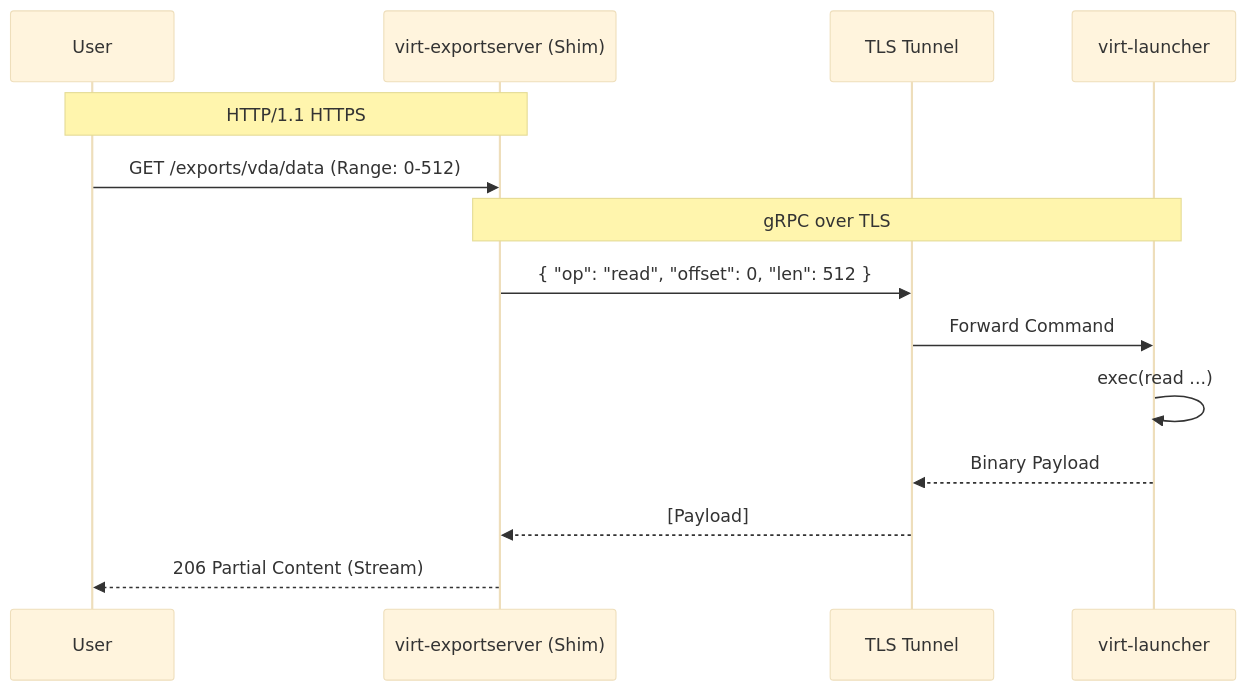
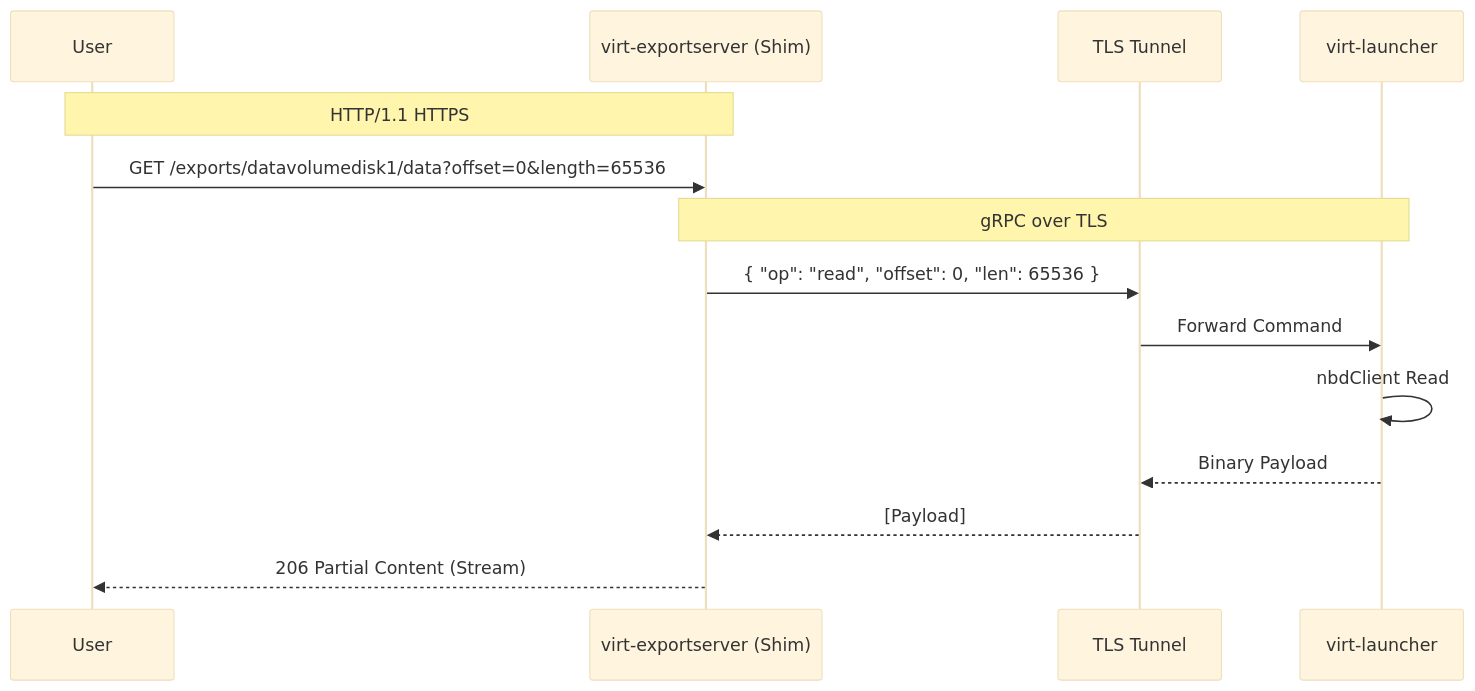
Before and after one commit to kubevirt/enhancements: the first of 3 diagrams in veps/sig-storage/incremental-backup.md, drawn with Mermaid (base theme). The commit also changed other lines of this file, not shown here.

````diff
--- a/veps/sig-storage/incremental-backup.md
+++ b/veps/sig-storage/incremental-backup.md
@@ -385,20 +382,20 @@
 ```mermaid
 sequenceDiagram
     participant User
     participant Server as virt-exportserver (Shim)
     participant Tunnel as TLS Tunnel
     participant Launcher as virt-launcher
 
     Note over User, Server: HTTP/1.1 HTTPS
-    User->>Server: GET /exports/vda/data (Range: 0-512)
+    User->>Server: GET /exports/datavolumedisk1/data?offset=0&length=65536
     
     Note over Server, Launcher: gRPC over TLS
-    Server->>Tunnel: { "op": "read", "offset": 0, "len": 512 }
+    Server->>Tunnel: { "op": "read", "offset": 0, "len": 65536 }
     Tunnel->>Launcher: Forward Command
     
-    Launcher->>Launcher: exec(read ...)
+    Launcher->>Launcher: nbdClient Read
     Launcher-->>Tunnel: Binary Payload
     Tunnel-->>Server: [Payload]
     
     Server-->>User: 206 Partial Content (Stream)
  ```
````
